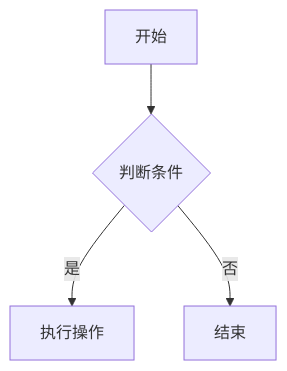
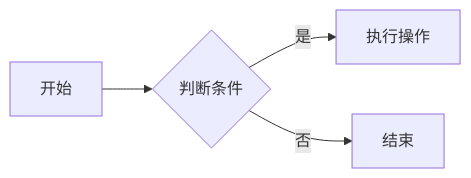
The diagram in blog/posts/大规模C++软件开发-卷1：过程与架构-笔记/大规模C++软件开发-卷1：过程与架构-笔记.md (cmixed/cmixed.github.io), drawn with Mermaid before and after one commit.

Commit message:
fix: update blog

````diff
--- a/blog/posts/大规模C++软件开发-卷1：过程与架构-笔记/大规模C++软件开发-卷1：过程与架构-笔记.md
+++ b/blog/posts/大规模C++软件开发-卷1：过程与架构-笔记/大规模C++软件开发-卷1：过程与架构-笔记.md
@@ -558,8 +558,8 @@
 ```mermaid
 
-graph TD
+flowchart LR
     A[开始] --> B{判断条件}
     B -->|是| C[执行操作]
     B -->|否| D[结束]
 
 ```
````
